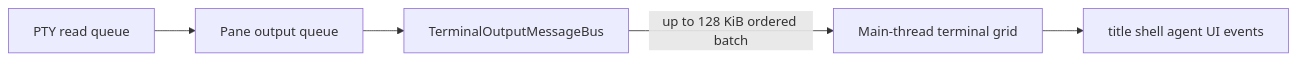
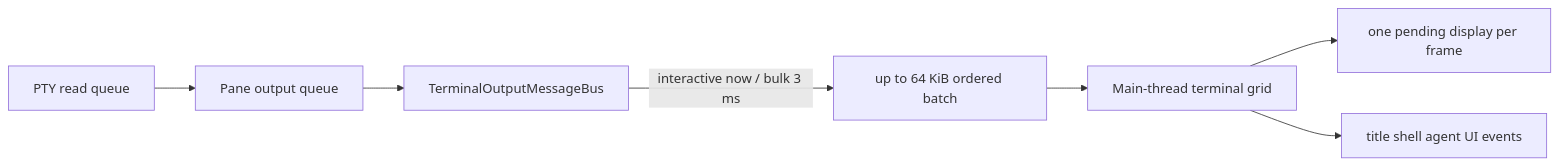
The third of 5 diagrams in docs/developer/terminal-domain.md (rambocode/aster), drawn with Mermaid before and after one commit. The commit also changed other lines of this file and 6 other files, not shown here.

````diff
--- a/docs/developer/terminal-domain.md
+++ b/docs/developer/terminal-domain.md
@@ -106,7 +108,9 @@
 ```mermaid
 flowchart LR
   P[PTY read queue] --> Q[Pane output queue]
   Q --> B[TerminalOutputMessageBus]
-  B -->|up to 128 KiB ordered batch| M[Main-thread terminal grid]
+  B -->|interactive now / bulk 3 ms| G[up to 64 KiB ordered batch]
+  G --> M[Main-thread terminal grid]
+  M --> R[one pending display per frame]
   M --> E[title shell agent UI events]
 ```
````
